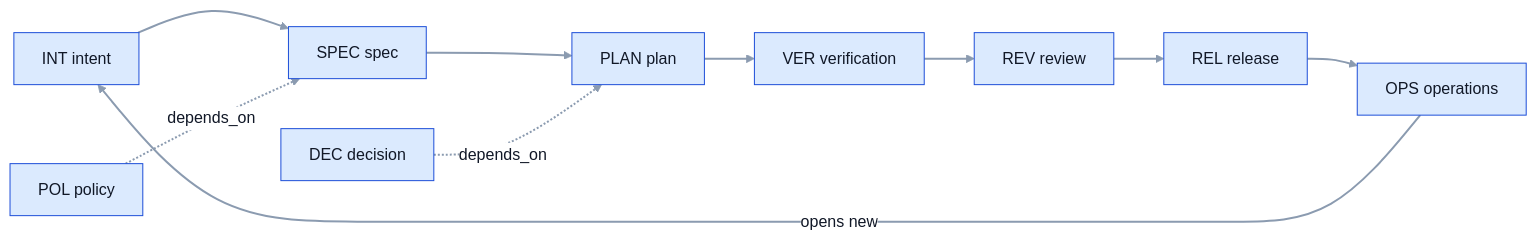
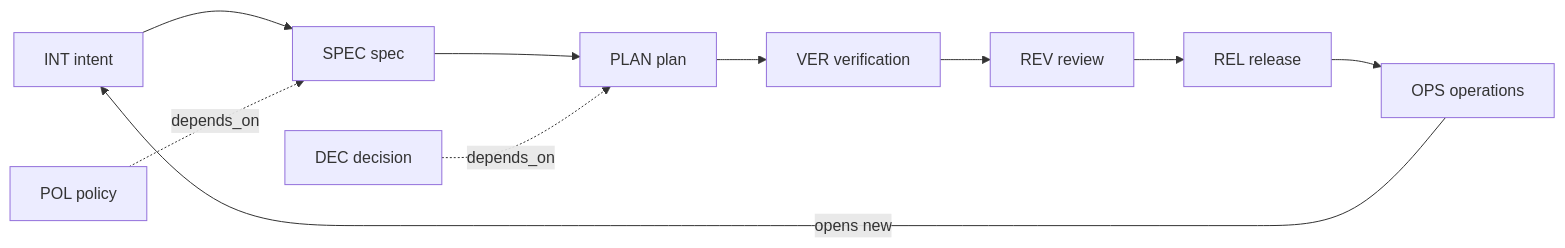
Before and after one commit to rafapc2/agentic_sdlc: the diagram in skills/agentic-sdlc-bootstrap/references/linking-and-dependencies.md, drawn with Mermaid. The commit also changed 12 other files, not shown here.

First line of the commit message:
fix: use the default Mermaid theme in diagrams

````diff
--- a/skills/agentic-sdlc-bootstrap/references/linking-and-dependencies.md
+++ b/skills/agentic-sdlc-bootstrap/references/linking-and-dependencies.md
@@ -24,10 +24,8 @@
 ```mermaid
-%%{init: {"theme":"base","themeVariables":{"fontFamily":"Arial, sans-serif","fontSize":"16px","lineColor":"#8b9bb0","textColor":"#111827","primaryTextColor":"#111827","primaryColor":"#dbeafe","primaryBorderColor":"#1d4ed8","edgeLabelBackground":"#ffffff","clusterBkg":"#f1f5f9","clusterBorder":"#475569","titleColor":"#111827"},"flowchart":{"curve":"basis","padding":14}}}%%
 flowchart LR
   INT[INT intent] --> SPEC[SPEC spec] --> PLAN[PLAN plan] --> VER[VER verification]
   VER --> REV[REV review] --> REL[REL release] --> OPS[OPS operations]
   OPS -- opens new --> INT
   POL[POL policy] -. depends_on .-> SPEC
   DEC[DEC decision] -. depends_on .-> PLAN
-  linkStyle default stroke-width:2px;
 ```
````
